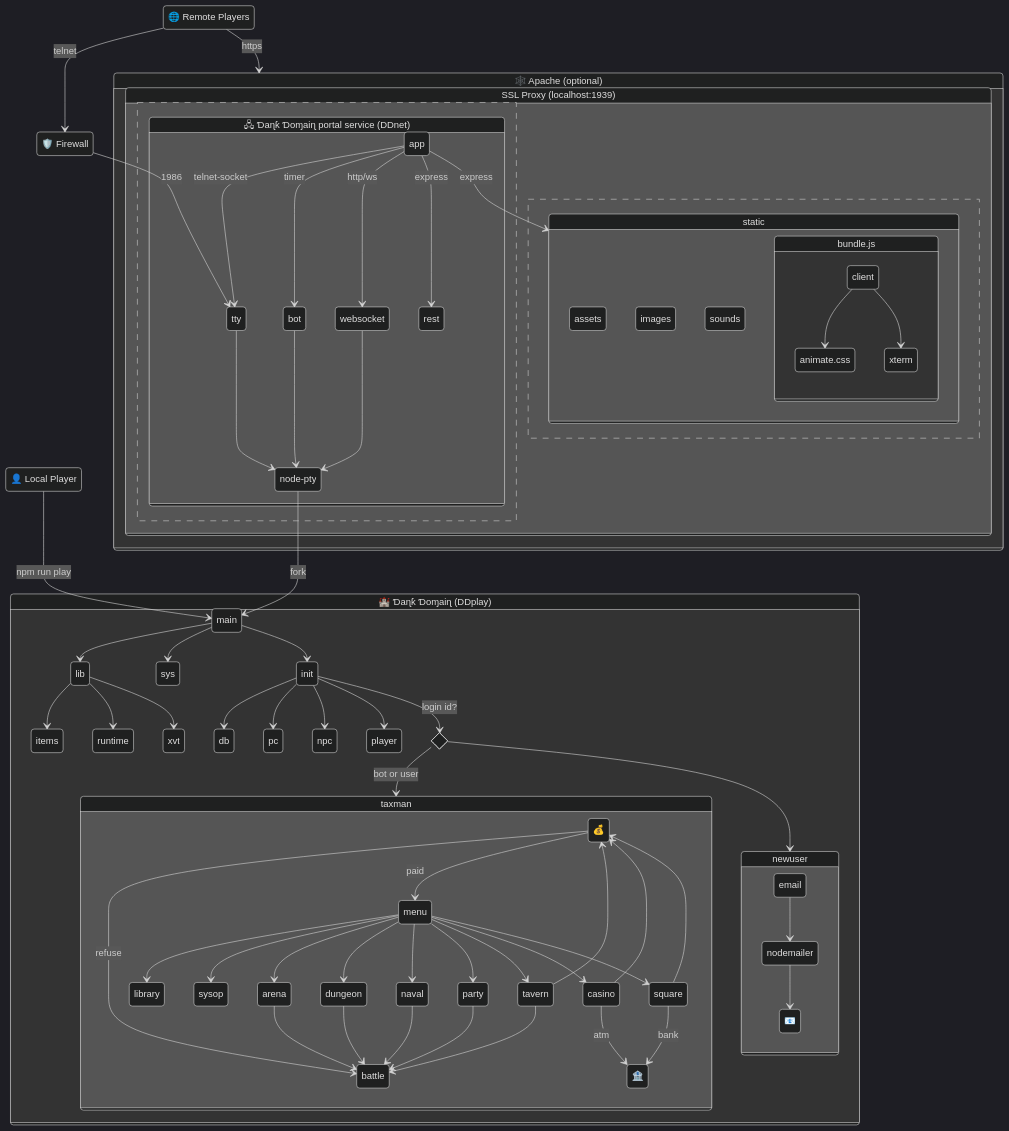
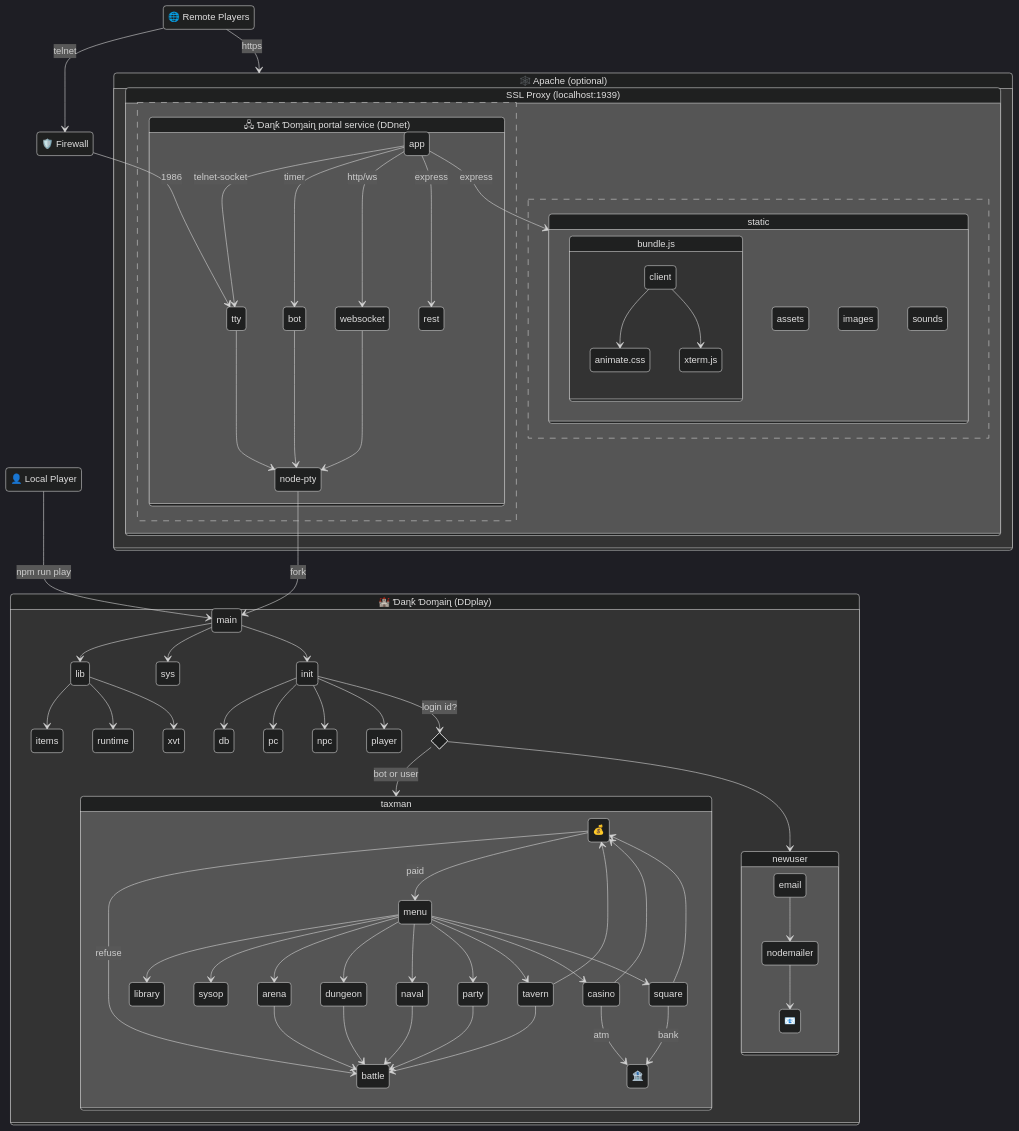
The diagram in README.md (theflyingape/dankdomain), drawn with Mermaid before and after one commit.

Commit message:
add client

```diff
--- a/README.md
+++ b/README.md
@@ -68,13 +68,13 @@
       }
       --
       state static {
+        state bundle.js {
+          client --> animate.css
+          client --> xterm.js
+        }
         assets
         images
         sounds
-        state bundle.js {
-          client --> animate.css
-          client --> xterm
-        }
       }
     }
   }
```
